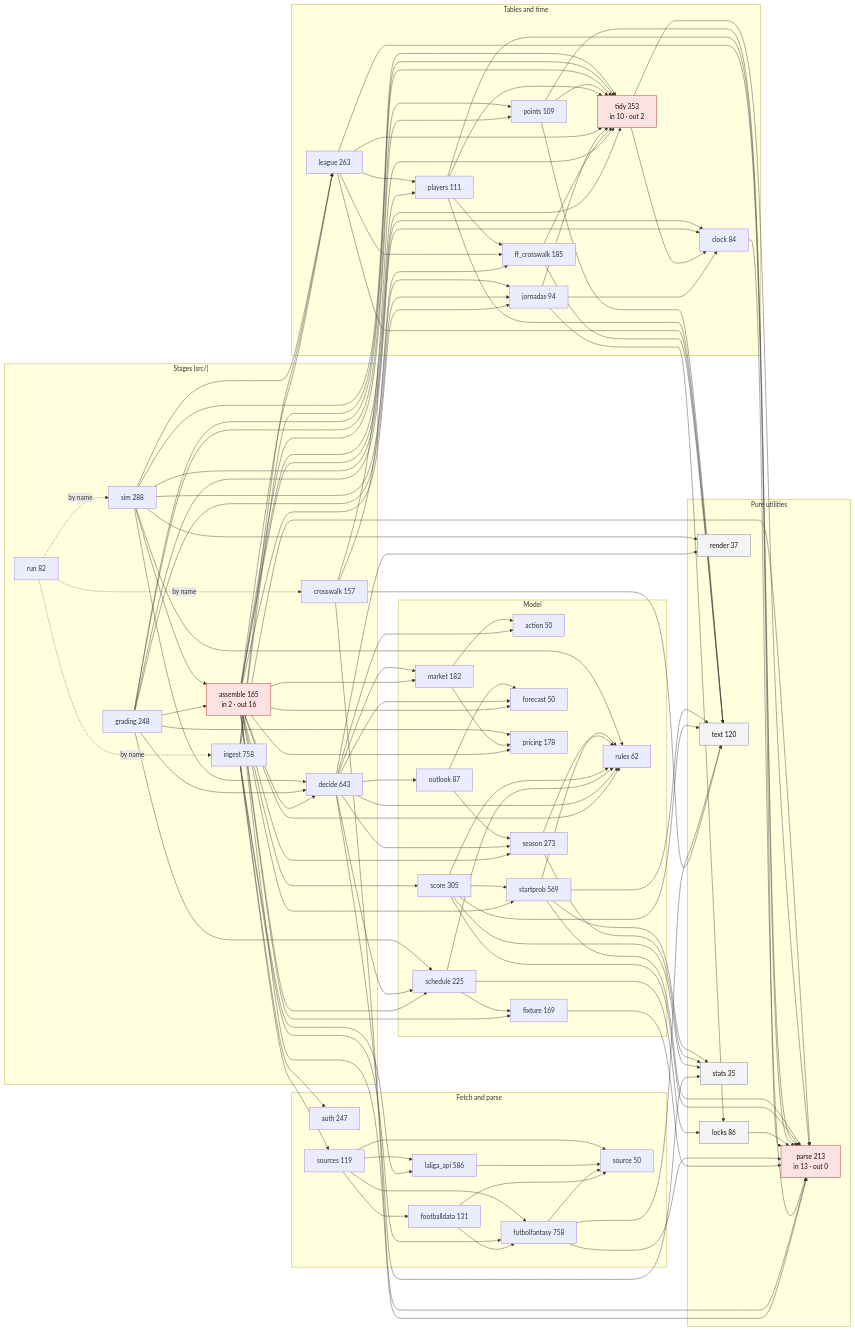
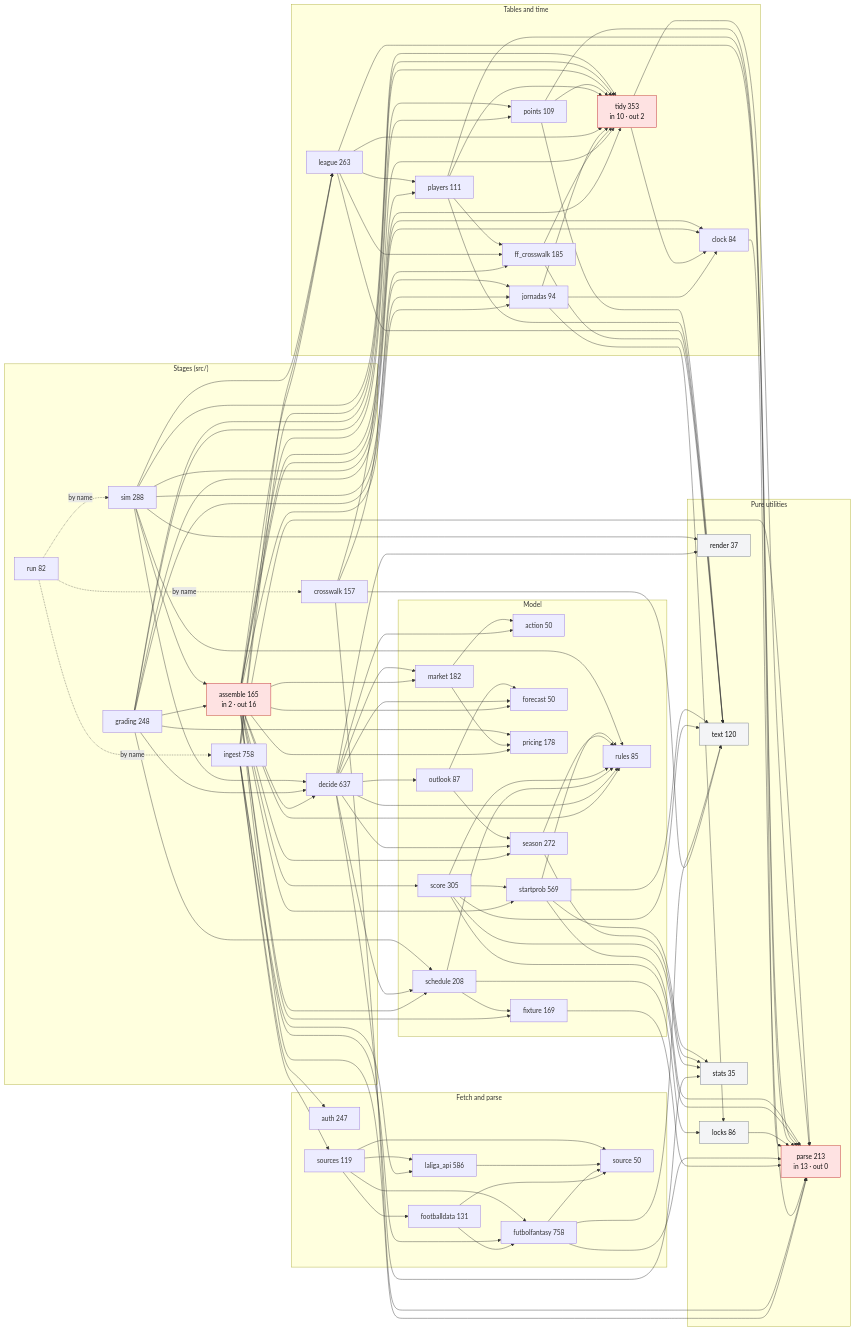
One commit to OrsM/liga_five_guys changed the diagram in docs/modules.mmd. Above: the diagram before and after it, drawn with Mermaid. The commit also changed 4 other files, not shown here.

```diff
--- a/docs/modules.mmd
+++ b/docs/modules.mmd
@@ -1,154 +1,154 @@
 flowchart LR
     classDef hub fill:#fee2e2,stroke:#b91c1c,color:#111
     classDef leaf fill:#f3f4f6,stroke:#6b7280,color:#111
     subgraph stages["Stages (src/)"]
         assemble["assemble 165<br/>in 2 · out 16"]:::hub
         crosswalk["crosswalk 157"]
-        decide["decide 643"]
+        decide["decide 637"]
         grading["grading 248"]
         ingest["ingest 758"]
         run["run 82"]
         sim["sim 288"]
     end
     subgraph fetch["Fetch and parse"]
         auth["auth 247"]
         footballdata["footballdata 131"]
         futbolfantasy["futbolfantasy 758"]
         laliga_api["laliga_api 586"]
         source["source 50"]
         sources["sources 119"]
     end
     subgraph data["Tables and time"]
         clock["clock 84"]
         ff_crosswalk["ff_crosswalk 185"]
         jornadas["jornadas 94"]
         league["league 263"]
         players["players 111"]
         points["points 109"]
         tidy["tidy 353<br/>in 10 · out 2"]:::hub
     end
     subgraph model["Model"]
         action["action 50"]
         fixture["fixture 169"]
         forecast["forecast 50"]
         market["market 182"]
         outlook["outlook 87"]
         pricing["pricing 178"]
-        rules["rules 62"]
-        schedule["schedule 225"]
+        rules["rules 85"]
+        schedule["schedule 208"]
         score["score 305"]
-        season["season 273"]
+        season["season 272"]
         startprob["startprob 569"]
     end
     subgraph util["Pure utilities"]
         locks["locks 86"]:::leaf
         parse["parse 213<br/>in 13 · out 0"]:::hub
         render["render 37"]:::leaf
         text["text 120"]:::leaf
         stats["stats 35"]:::leaf
     end
     run -. "by name" .-> ingest
     run -. "by name" .-> crosswalk
     run -. "by name" .-> sim
     assemble --> decide
     assemble --> fixture
     assemble --> forecast
     assemble --> jornadas
     assemble --> league
     assemble --> market
     assemble --> parse
     assemble --> players
     assemble --> points
     assemble --> pricing
     assemble --> rules
     assemble --> schedule
     assemble --> score
     assemble --> season
     assemble --> startprob
     assemble --> tidy
     crosswalk --> ff_crosswalk
     crosswalk --> parse
     crosswalk --> text
     crosswalk --> tidy
     decide --> action
     decide --> forecast
     decide --> market
     decide --> outlook
     decide --> render
     decide --> rules
     decide --> schedule
     decide --> season
     decide --> stats
     clock --> parse
     ff_crosswalk --> text
     ff_crosswalk --> tidy
     fixture --> parse
     footballdata --> futbolfantasy
     footballdata --> source
     futbolfantasy --> parse
     futbolfantasy --> source
     futbolfantasy --> text
     jornadas --> clock
     jornadas --> locks
     jornadas --> tidy
     laliga_api --> source
     league --> ff_crosswalk
     league --> parse
     league --> players
     league --> text
     league --> tidy
     locks --> parse
     market --> action
     market --> pricing
     outlook --> forecast
     outlook --> season
     players --> ff_crosswalk
     players --> parse
     players --> text
     players --> tidy
     points --> parse
     points --> text
     points --> tidy
     schedule --> fixture
     schedule --> locks
     schedule --> rules
     score --> parse
     score --> rules
     score --> startprob
     score --> text
     score --> stats
     season --> rules
     season --> stats
     startprob --> parse
     startprob --> rules
     startprob --> text
     startprob --> stats
     tidy --> clock
     tidy --> parse
     grading --> assemble
     grading --> decide
     grading --> clock
     grading --> jornadas
     grading --> points
     grading --> pricing
     grading --> schedule
     grading --> tidy
     ingest --> auth
     ingest --> futbolfantasy
     ingest --> laliga_api
     ingest --> league
     ingest --> parse
     ingest --> tidy
     ingest --> sources
     sim --> assemble
     sim --> decide
     sim --> clock
     sim --> jornadas
     sim --> league
     sim --> render
     sim --> rules
     sim --> tidy
     sources --> footballdata
     sources --> futbolfantasy
     sources --> laliga_api
     sources --> source
```
